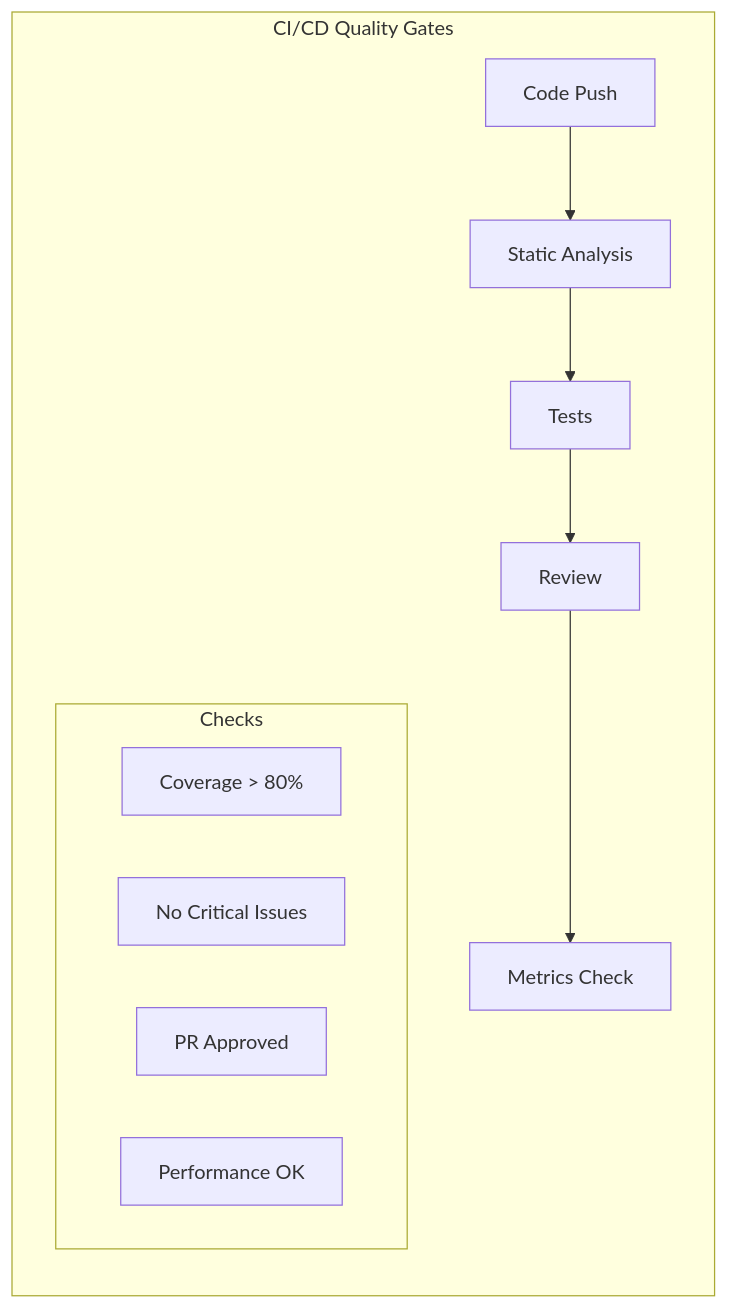
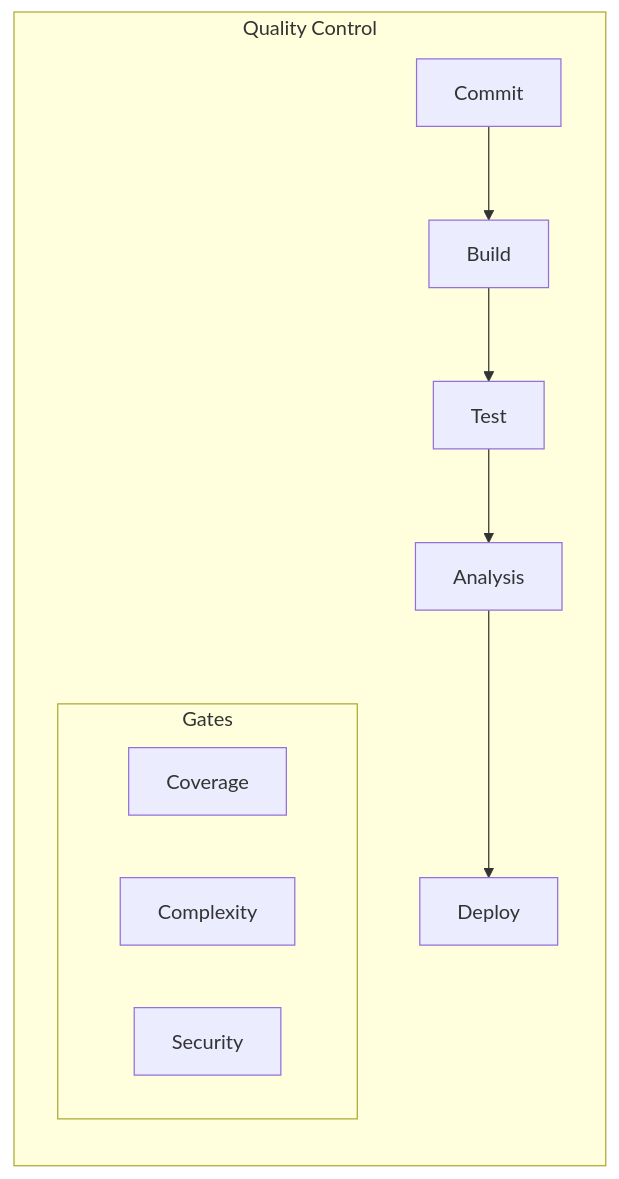
One commit to saravanakumarrc/Architecture_Journey changed the fifth of 6 diagrams in src/Technical_Debt_Management.md. Above: the diagram before and after it, drawn with Mermaid. The commit also changed other lines of this file and 4 other files, not shown here.

````diff
--- a/src/Technical_Debt_Management.md
+++ b/src/Technical_Debt_Management.md
@@ -184,18 +128,15 @@
 ```mermaid
-graph TB
-    subgraph "CI/CD Quality Gates"
-        direction TB
+graph LR
+    subgraph "Quality Control"
+        C[Commit] --> B[Build]
+        B --> T[Test]
+        T --> A[Analysis]
+        A --> D[Deploy]
         
-        C[Code Push] --> S[Static Analysis]
-        S --> T[Tests]
-        T --> R[Review]
-        R --> M[Metrics Check]
-        
-        subgraph "Checks"
-            Q1[Coverage > 80%]
-            Q2[No Critical Issues]
-            Q3[PR Approved]
-            Q4[Performance OK]
+        subgraph "Gates"
+            G1[Coverage]
+            G2[Complexity]
+            G3[Security]
         end
     end
 ```
````
